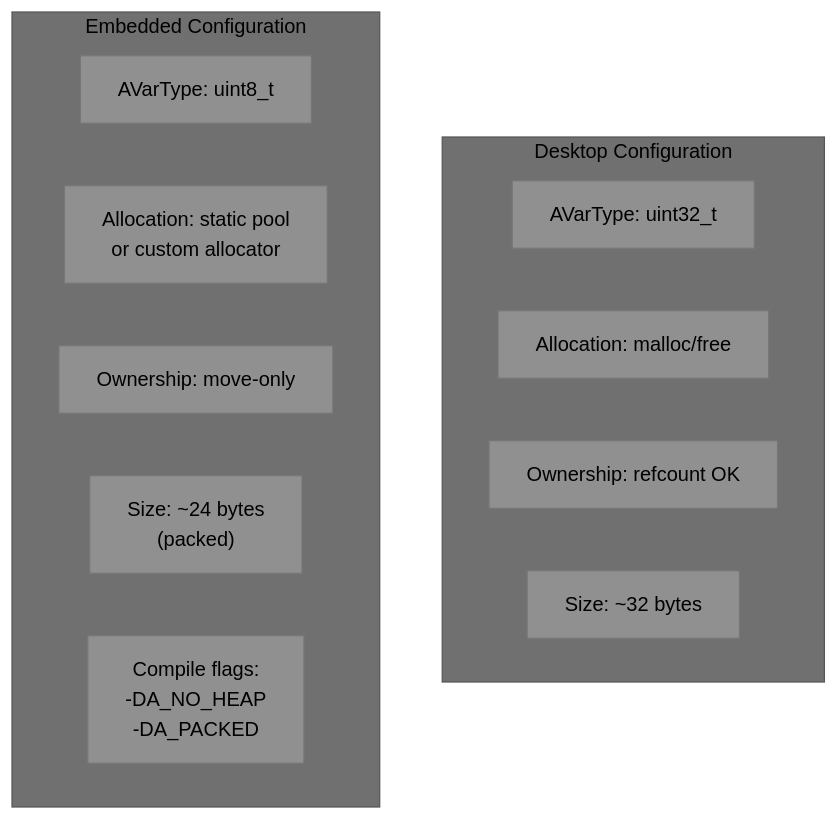
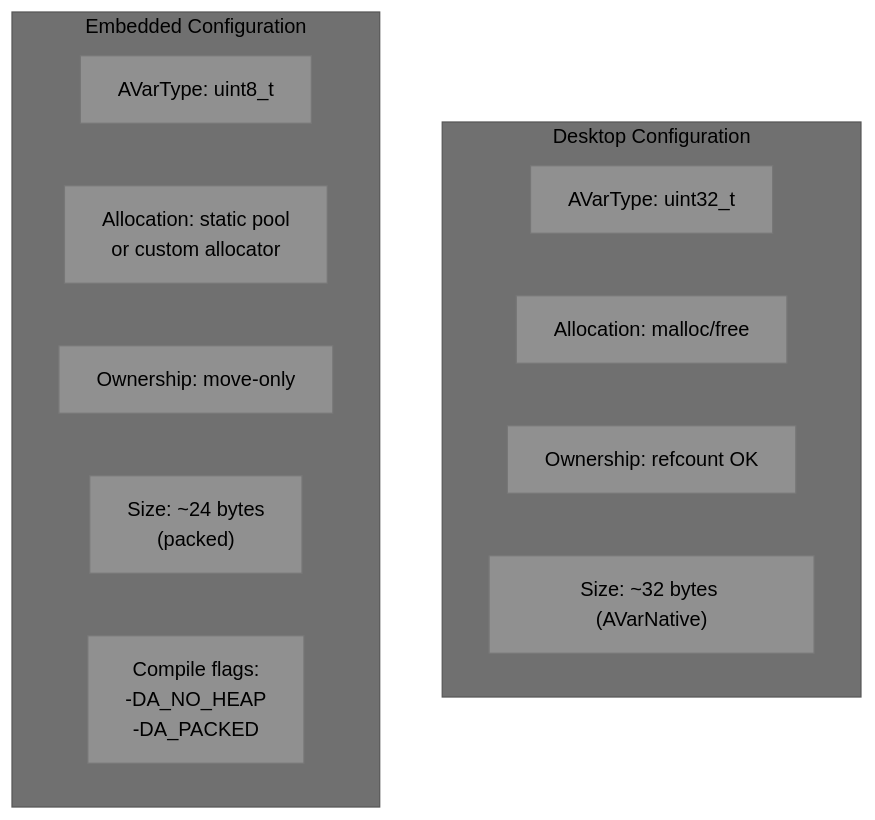
Diagram 11 of 12 in README.md (visionik/anyvar), drawn with Mermaid before and after one commit. The commit also changed other lines of this file, not shown here.

Commit message:
feat: add backend vtable architecture to spec (v0.2.0)

````diff
--- a/README.md
+++ b/README.md
@@ -347,18 +500,18 @@
 ```mermaid
 %%{init: {'theme': 'base', 'themeVariables': { 'primaryColor': '#909090', 'secondaryColor': '#808080', 'tertiaryColor': '#707070', 'primaryTextColor': '#000000', 'secondaryTextColor': '#000000', 'tertiaryTextColor': '#000000', 'noteTextColor': '#000000', 'lineColor': '#404040' }}}%%
 graph TB
     subgraph "Desktop Configuration"
         D_TYPE["AVarType: uint32_t"]
         D_ALLOC["Allocation: malloc/free"]
         D_OWN["Ownership: refcount OK"]
-        D_SIZE["Size: ~32 bytes"]
+        D_SIZE["Size: ~32 bytes (AVarNative)"]
     end
 
     subgraph "Embedded Configuration"
         E_TYPE["AVarType: uint8_t"]
         E_ALLOC["Allocation: static pool<br/>or custom allocator"]
         E_OWN["Ownership: move-only"]
         E_SIZE["Size: ~24 bytes<br/>(packed)"]
         E_FLAGS["Compile flags:<br/>-DA_NO_HEAP<br/>-DA_PACKED"]
     end
 ```
````
